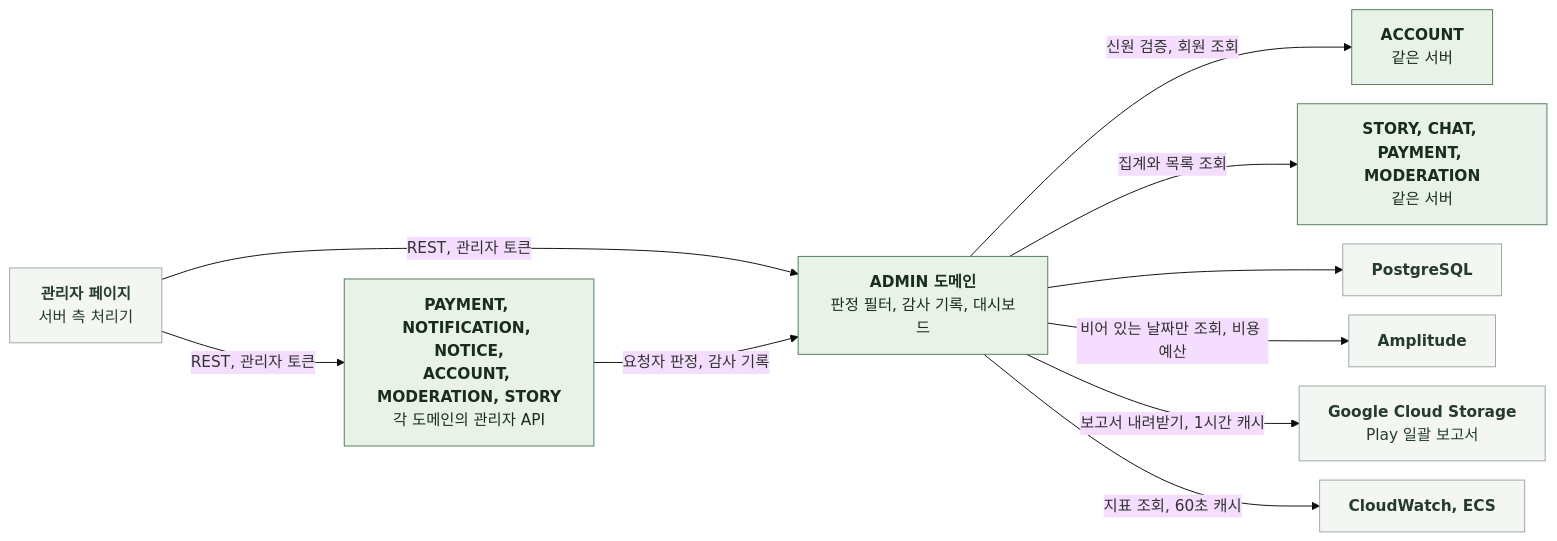
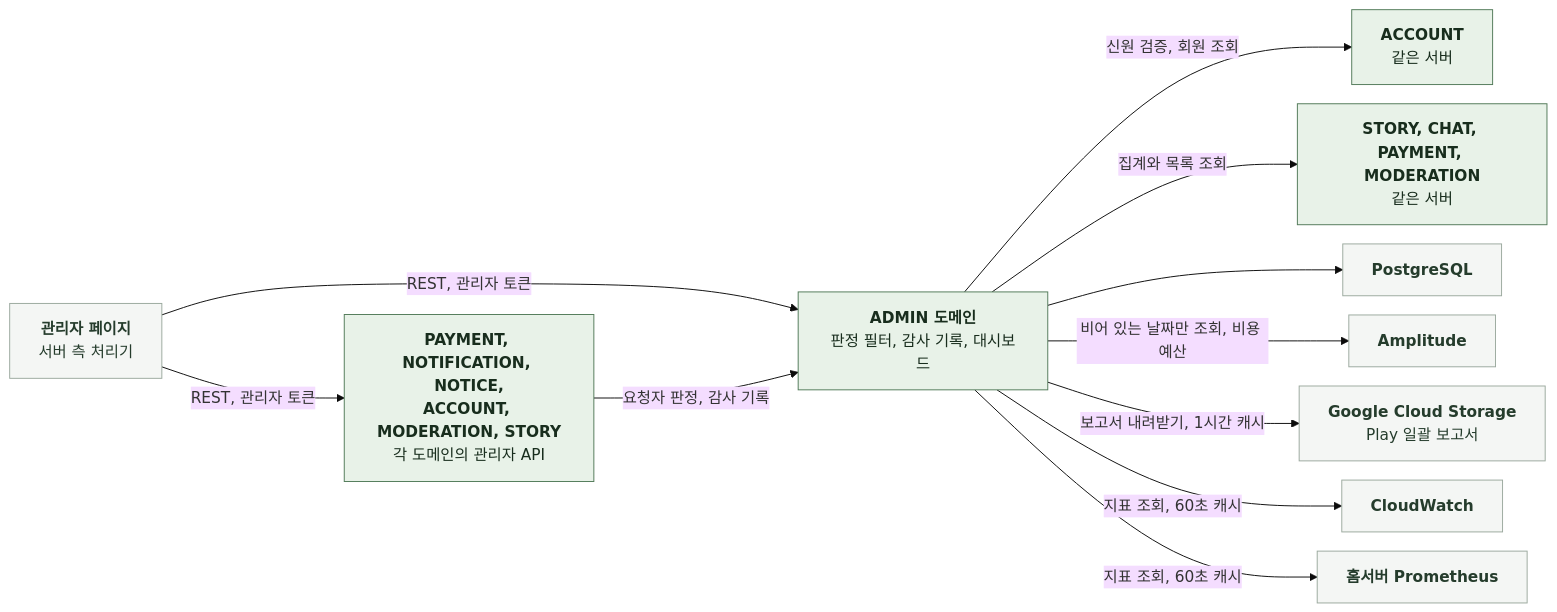
One commit to KIM-N-KANG/knk-harness changed the diagram in docs/domain/ADMIN/BACKEND/3-1-SOFTWARE-ARCHITECTURE.md. Above: the diagram before and after it, drawn with Mermaid (base theme). The commit also changed other lines of this file and 19 other files, not shown here.

First line of the commit message:
[KNK-2113] Docs: 관리자 인프라 지표의 출처를 CloudWatch, 홈서버 Prometheus, Redis로 나눔 (#531)

````diff
--- a/docs/domain/ADMIN/BACKEND/3-1-SOFTWARE-ARCHITECTURE.md
+++ b/docs/domain/ADMIN/BACKEND/3-1-SOFTWARE-ARCHITECTURE.md
@@ -24,24 +25,25 @@
 ```mermaid
 %%{init: {"flowchart": {"curve": "basis", "nodeSpacing": 20, "rankSpacing": 60}}}%%
 flowchart LR
     A["`**관리자 페이지**
 서버 측 처리기`"] -->|REST, 관리자 토큰| S["`**ADMIN 도메인**
 판정 필터, 감사 기록, 대시보드`"]
     A -->|REST, 관리자 토큰| O["`**PAYMENT, NOTIFICATION, NOTICE,
 ACCOUNT, MODERATION, STORY**
 각 도메인의 관리자 API`"]
     O -->|요청자 판정, 감사 기록| S
     S -->|신원 검증, 회원 조회| AC["`**ACCOUNT**
 같은 서버`"]
     S -->|집계와 목록 조회| R["`**STORY, CHAT, PAYMENT, MODERATION**
 같은 서버`"]
     S --> DB["`**PostgreSQL**`"]
     S -->|비어 있는 날짜만 조회, 비용 예산| AM["`**Amplitude**`"]
     S -->|보고서 내려받기, 1시간 캐시| GCS["`**Google Cloud Storage**
 Play 일괄 보고서`"]
-    S -->|지표 조회, 60초 캐시| CW["`**CloudWatch, ECS**`"]
+    S -->|지표 조회, 60초 캐시| CW["`**CloudWatch**`"]
+    S -->|지표 조회, 60초 캐시| PM["`**홈서버 Prometheus**`"]
     classDef ext fill:#F4F6F4,stroke:#9BA99E,color:#253C2C
     classDef comp fill:#E8F2E8,stroke:#527A59,color:#182D1D
-    class A,DB,AM,GCS,CW ext
+    class A,DB,AM,GCS,CW,PM ext
     class S,O,AC,R comp
 ```
````
